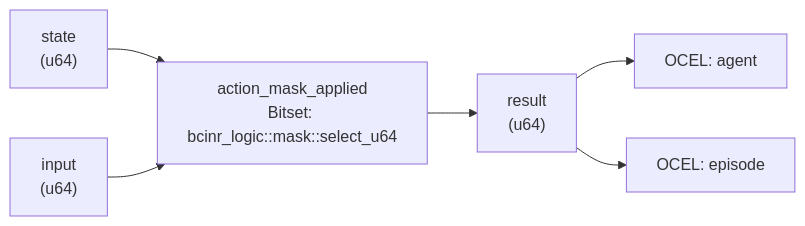
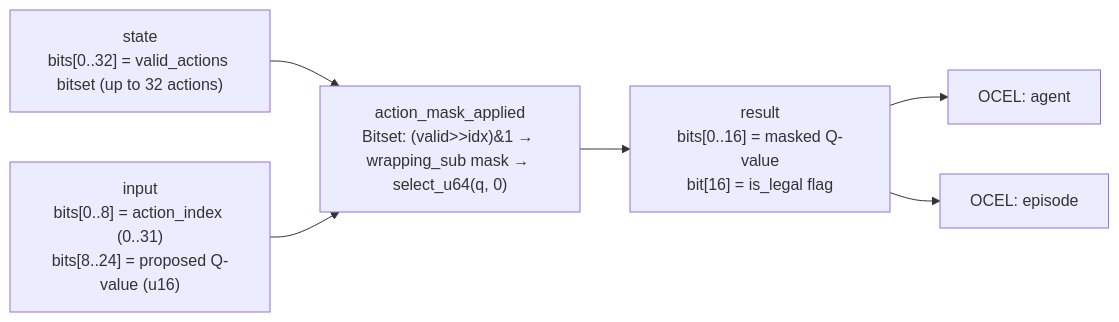
The diagram in crates/wasm4games/docs/patterns/action_mask_applied.md (seanchatmangpt/bcinr), drawn with Mermaid before and after one commit. The commit also changed other lines of this file and 36 other files, not shown here.

````diff
--- a/crates/wasm4games/docs/patterns/action_mask_applied.md
+++ b/crates/wasm4games/docs/patterns/action_mask_applied.md
@@ -56,14 +38,14 @@
 ```mermaid
 graph LR
-    state["state\n(u64)"]
-    input["input\n(u64)"]
-    kernel["action_mask_applied\nBitset: bcinr_logic::mask::select_u64"]
-    result["result\n(u64)"]
+    state["state\nbits[0..32] = valid_actions bitset (up to 32 actions)"]
+    input["input\nbits[0..8] = action_index (0..31)\nbits[8..24] = proposed Q-value (u16)"]
+    kernel["action_mask_applied\nBitset: (valid>>idx)&1 → wrapping_sub mask → select_u64(q, 0)"]
+    result["result\nbits[0..16] = masked Q-value\nbit[16] = is_legal flag"]
     state --> kernel
     input --> kernel
     kernel --> result
     ocel_0["OCEL: agent"]
     result --> ocel_0
     ocel_1["OCEL: episode"]
     result --> ocel_1
 ```
````
